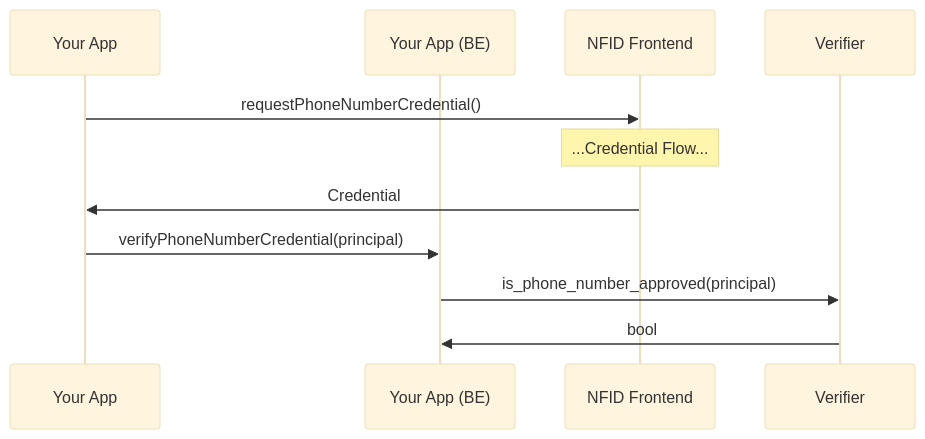
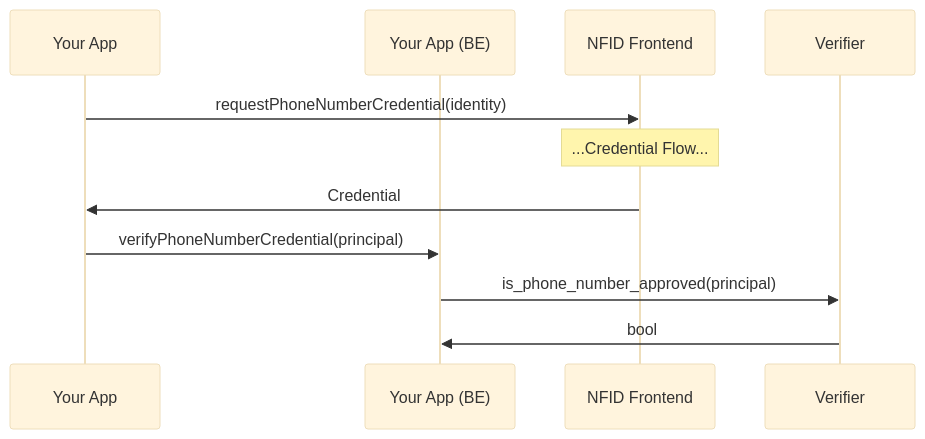
The diagram in packages/credentials/readme.md (internet-identity-labs/sdk-ts), drawn with Mermaid (base theme) before and after one commit.

Commit message:
docs: update pn cred diagram

````diff
--- a/packages/credentials/readme.md
+++ b/packages/credentials/readme.md
@@ -45,14 +45,14 @@
 ```mermaid
 sequenceDiagram
     participant Your App
     participant Your App (BE)
     participant NFID Frontend
     participant Verifier
 
-    Your App->>NFID Frontend: requestPhoneNumberCredential()
+    Your App->>NFID Frontend: requestPhoneNumberCredential(identity)
     note over NFID Frontend: ...Credential Flow...
     NFID Frontend->>Your App: Credential
     Your App->>Your App (BE): verifyPhoneNumberCredential(principal)
     Your App (BE)->>Verifier: is_phone_number_approved(principal)
     Verifier->>Your App (BE): bool
 ```
````
